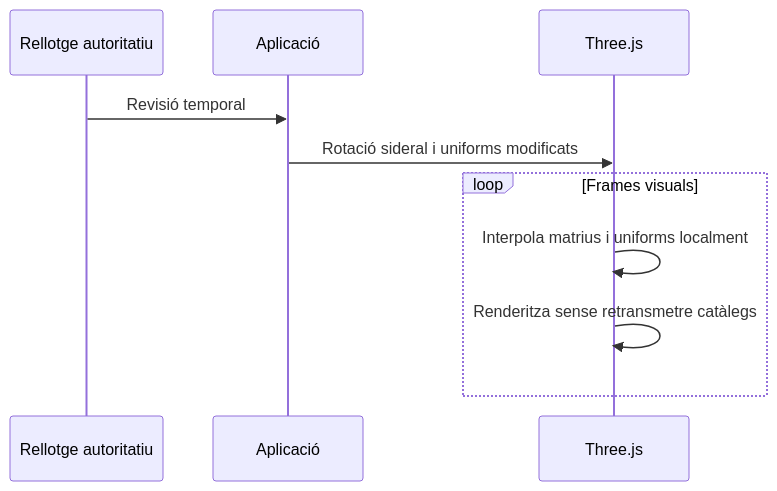
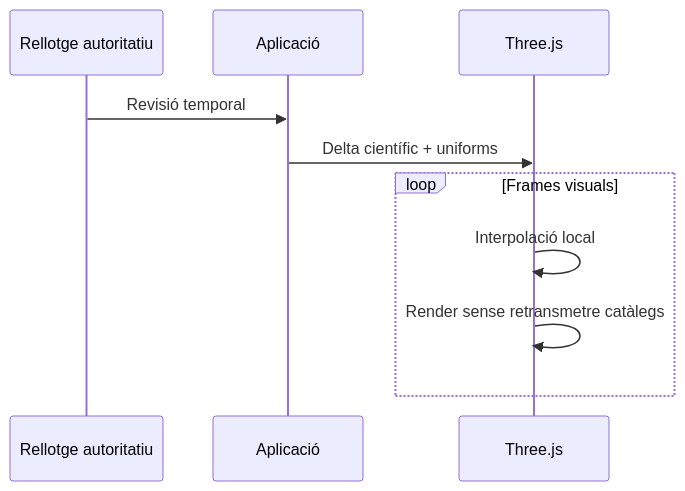
One commit to ArcadiaLliure/TerraLab3D changed the third of 5 diagrams in docs/normes_arquitectura.md. Above: the diagram before and after it, drawn with Mermaid. The commit also changed other lines of this file and 84 other files, not shown here.

````diff
--- a/docs/normes_arquitectura.md
+++ b/docs/normes_arquitectura.md
@@ -224,12 +184,12 @@
 ```mermaid
 sequenceDiagram
     participant R as Rellotge autoritatiu
     participant A as Aplicació
     participant T as Three.js
     R->>A: Revisió temporal
-    A->>T: Rotació sideral i uniforms modificats
+    A->>T: Delta científic + uniforms
     loop Frames visuals
-        T->>T: Interpola matrius i uniforms localment
-        T->>T: Renderitza sense retransmetre catàlegs
+        T->>T: Interpolació local
+        T->>T: Render sense retransmetre catàlegs
     end
 ```
````
